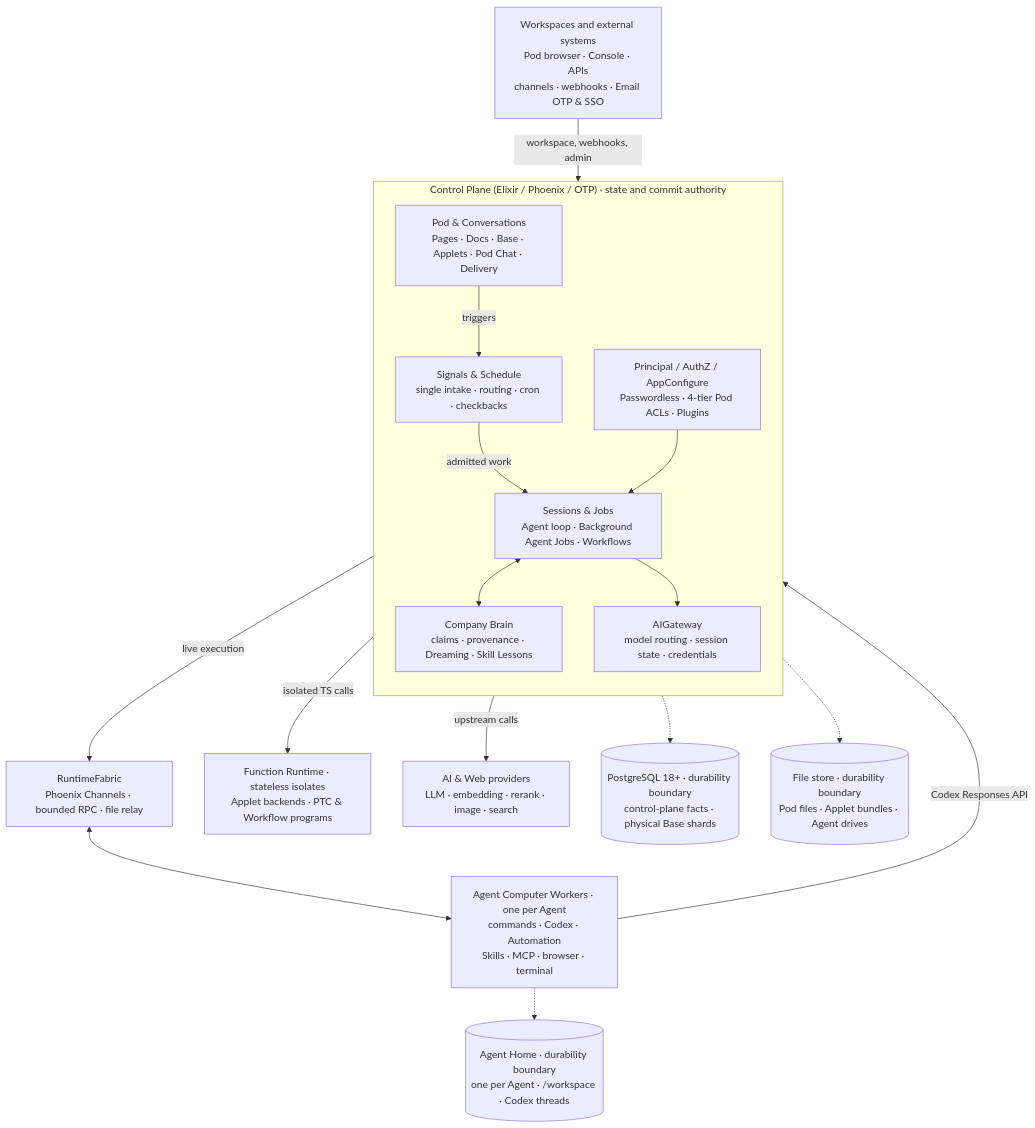
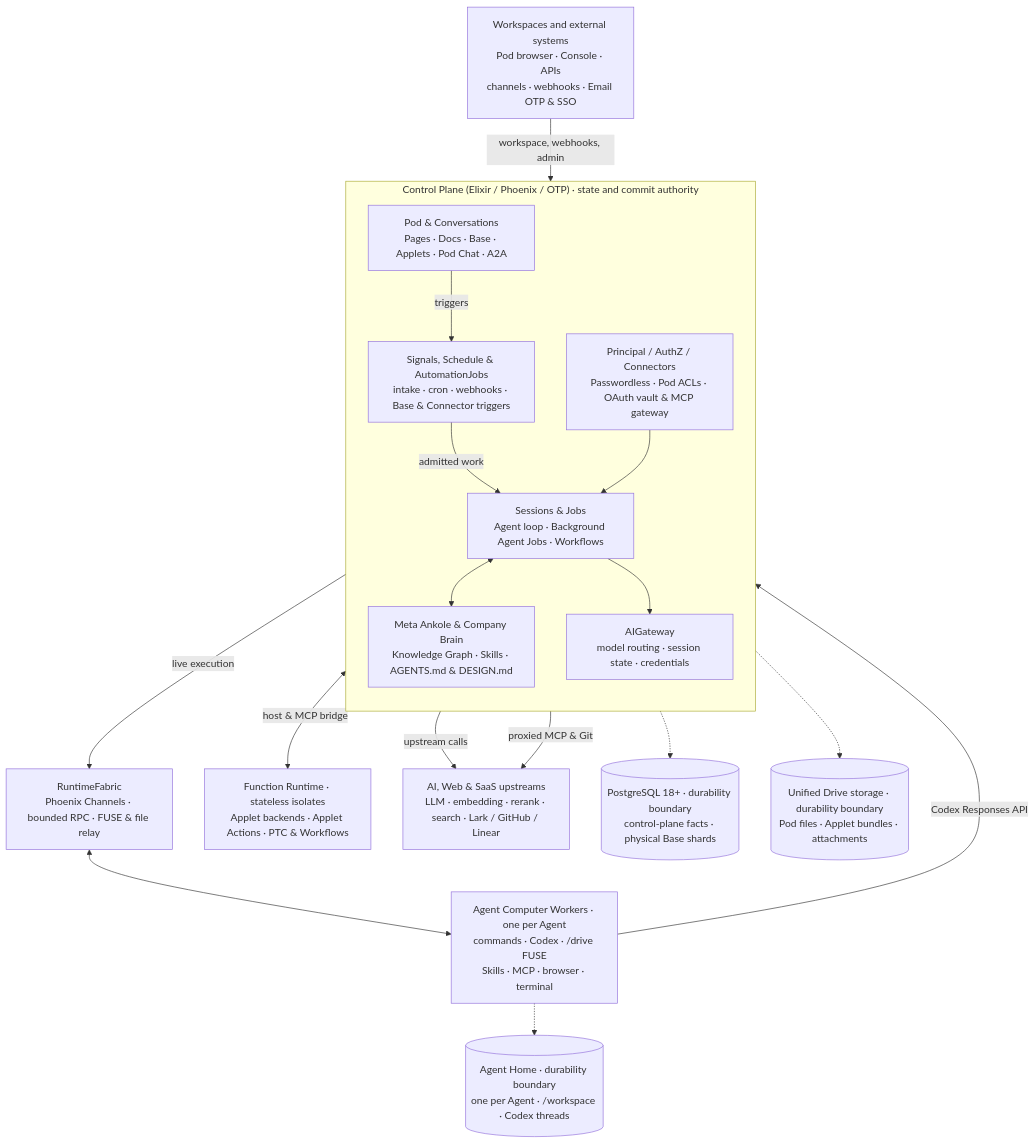
Before and after one commit to zqf20096327/ai_collect: the diagram in data/readmes/AgentBull__ankole.md, drawn with Mermaid. The commit also changed other lines of this file and 1885 other files, not shown here.

````diff
--- a/data/readmes/AgentBull__ankole.md
+++ b/data/readmes/AgentBull__ankole.md
@@ -150,38 +151,39 @@
 ```mermaid
 flowchart TB
   External["Workspaces and external systems<br/>Pod browser · Console · APIs<br/>channels · webhooks · Email OTP & SSO"]
 
   subgraph Control["Control Plane (Elixir / Phoenix / OTP) · state and commit authority"]
     direction TB
-    Pod["Pod & Conversations<br/>Pages · Docs · Base · Applets · Pod Chat · Delivery"]
-    Platform["Principal / AuthZ / AppConfigure<br/>Passwordless · 4-tier Pod ACLs · Plugins"]
-    Signals["Signals & Schedule<br/>single intake · routing · cron · checkbacks"]
+    Pod["Pod & Conversations<br/>Pages · Docs · Base · Applets · Pod Chat · A2A"]
+    Platform["Principal / AuthZ / Connectors<br/>Passwordless · Pod ACLs · OAuth vault & MCP gateway"]
+    Signals["Signals, Schedule & AutomationJobs<br/>intake · cron · webhooks · Base & Connector triggers"]
     Runtime["Sessions & Jobs<br/>Agent loop · Background Agent Jobs · Workflows"]
-    Brain["Company Brain<br/>claims · provenance · Dreaming · Skill Lessons"]
+    Meta["Meta Ankole & Company Brain<br/>Knowledge Graph · Skills · AGENTS.md & DESIGN.md"]
     AI["AIGateway<br/>model routing · session state · credentials"]
   end
 
-  Fabric["RuntimeFabric<br/>Phoenix Channels · bounded RPC · file relay"]
-  Workers["Agent Computer Workers · one per Agent<br/>commands · Codex · Automation<br/>Skills · MCP · browser · terminal"]
-  FnRuntime["Function Runtime · stateless isolates<br/>Applet backends · PTC & Workflow programs"]
-  Providers["AI & Web providers<br/>LLM · embedding · rerank · image · search"]
+  Fabric["RuntimeFabric<br/>Phoenix Channels · bounded RPC · FUSE & file relay"]
+  Workers["Agent Computer Workers · one per Agent<br/>commands · Codex · /drive FUSE<br/>Skills · MCP · browser · terminal"]
+  FnRuntime["Function Runtime · stateless isolates<br/>Applet backends · Applet Actions · PTC & Workflows"]
+  Providers["AI, Web & SaaS upstreams<br/>LLM · embedding · rerank · search · Lark / GitHub / Linear"]
 
   PG[("PostgreSQL 18+ · durability boundary<br/>control-plane facts · physical Base shards")]
-  Files[("File store · durability boundary<br/>Pod files · Applet bundles · Agent drives")]
+  Files[("Unified Drive storage · durability boundary<br/>Pod files · Applet bundles · attachments")]
   Homes[("Agent Home · durability boundary<br/>one per Agent · /workspace · Codex threads")]
 
   External -->|"workspace, webhooks, admin"| Control
   Pod -->|"triggers"| Signals
   Signals -->|"admitted work"| Runtime
   Platform --> Runtime
-  Runtime <--> Brain
+  Runtime <--> Meta
   Runtime --> AI
-  Control -->|"isolated TS calls"| FnRuntime
+  Control <-->|"host & MCP bridge"| FnRuntime
   Control -->|"live execution"| Fabric
   Fabric <--> Workers
   Workers -->|"Codex Responses API"| AI
   AI -->|"upstream calls"| Providers
+  Platform -->|"proxied MCP & Git"| Providers
   Control -.-> PG
   Control -.-> Files
   Workers -.-> Homes
 ```
````
